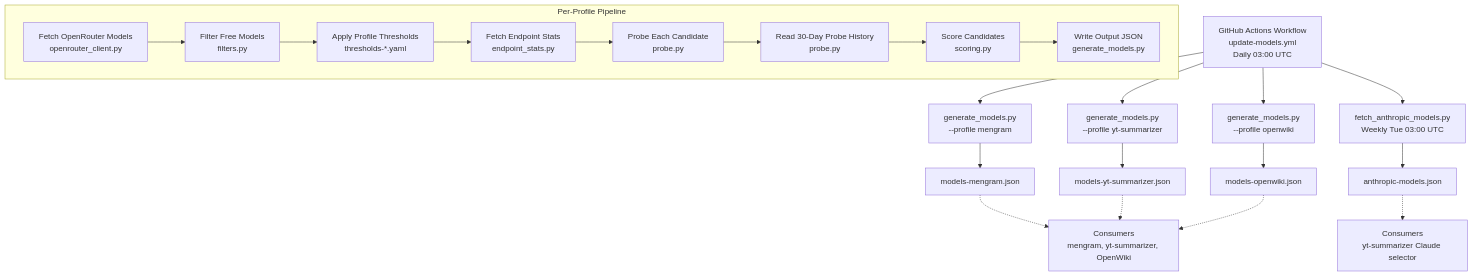
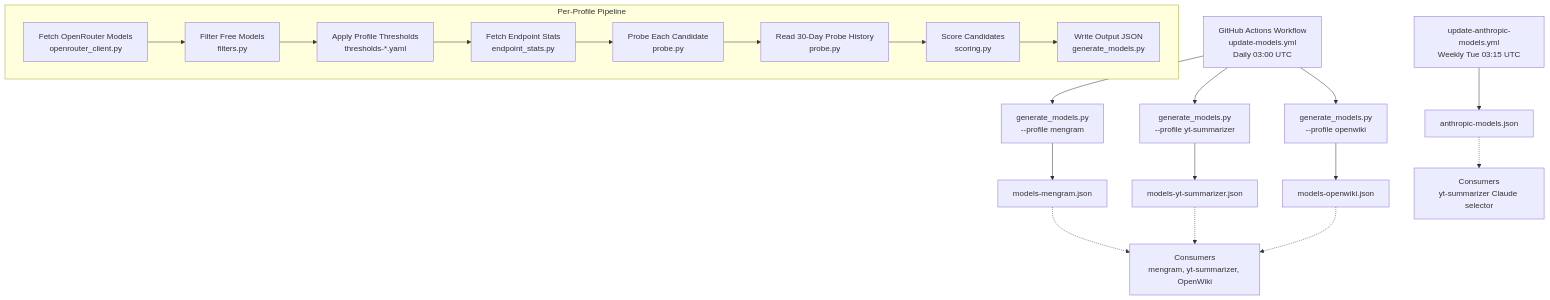
The first of 3 diagrams in openwiki/architecture/overview.md (smoochy/openrouter-model-list), drawn with Mermaid before and after one commit. The commit also changed 8 other files, not shown here.

````diff
--- a/openwiki/architecture/overview.md
+++ b/openwiki/architecture/overview.md
@@ -15,43 +15,43 @@
 ```mermaid
 flowchart TD
     A[GitHub Actions Workflow
 update-models.yml
 Daily 03:00 UTC] --> B[generate_models.py
 --profile mengram]
     A --> C[generate_models.py
 --profile yt-summarizer]
     A --> D[generate_models.py
 --profile openwiki]
-    A --> E[fetch_anthropic_models.py
-Weekly Tue 03:00 UTC]
 
     B --> F[models-mengram.json]
     C --> G[models-yt-summarizer.json]
     D --> H[models-openwiki.json]
-    E --> I[anthropic-models.json]
+
+    E[update-anthropic-models.yml
+Weekly Tue 03:15 UTC] --> I[anthropic-models.json]
 
     subgraph Pipeline[Per-Profile Pipeline]
         B1[Fetch OpenRouter Models
 openrouter_client.py] --> B2[Filter Free Models
 filters.py]
         B2 --> B3[Apply Profile Thresholds
 thresholds-*.yaml]
         B3 --> B4[Fetch Endpoint Stats
 endpoint_stats.py]
         B4 --> B5[Probe Each Candidate
 probe.py]
         B5 --> B6[Read 30-Day Probe History
 probe.py]
         B6 --> B7[Score Candidates
 scoring.py]
         B7 --> B8[Write Output JSON
 generate_models.py]
     end
 
     F -.-> J[Consumers
 mengram, yt-summarizer, OpenWiki]
     G -.-> J
     H -.-> J
     I -.-> K[Consumers
 yt-summarizer Claude selector]
 ```
````
